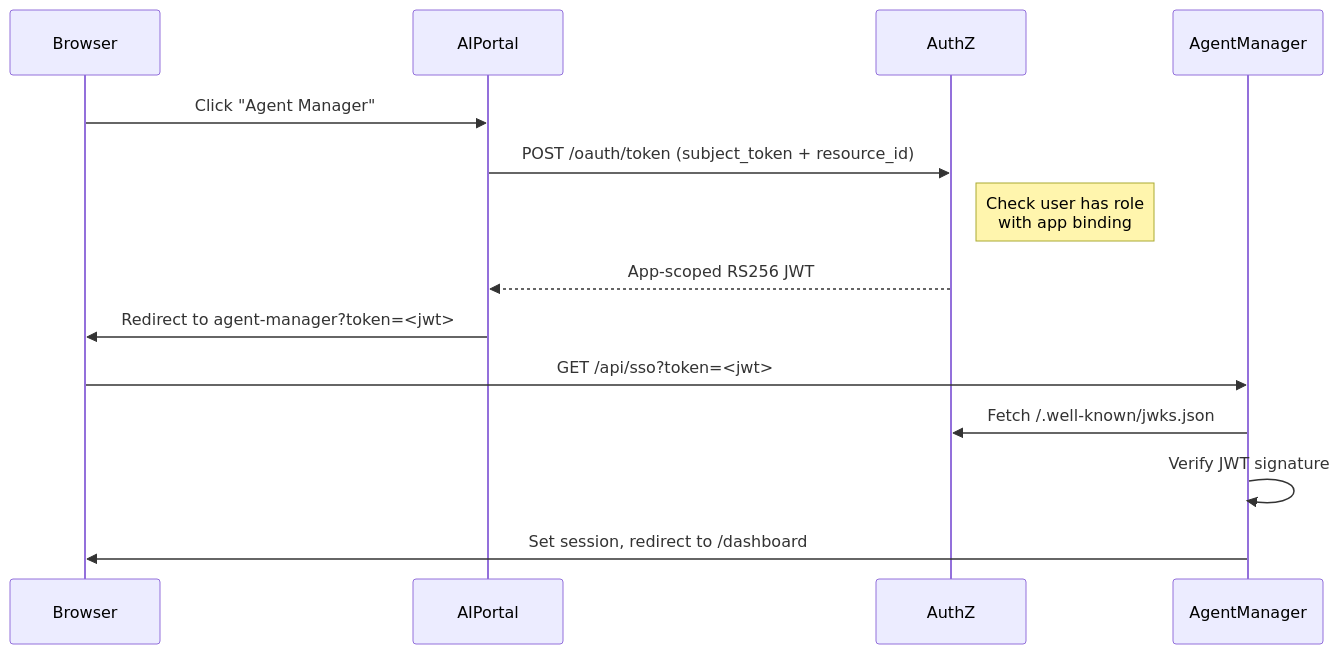
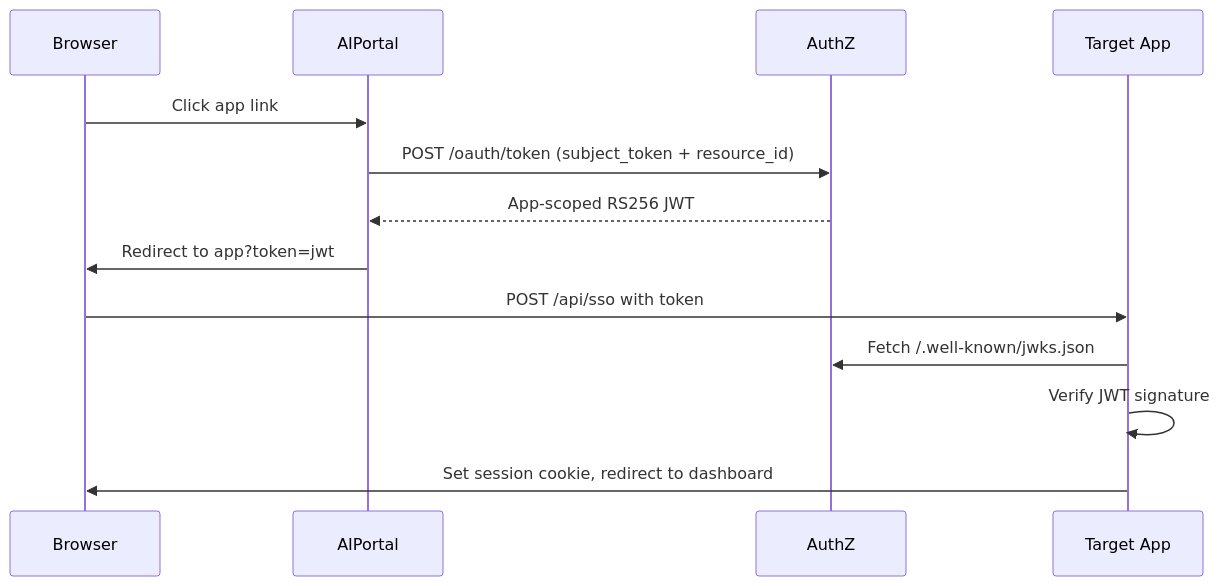
One commit to navgen-ai/busibox changed the first of 2 diagrams in docs/architecture/07-apps.md. Above: the diagram before and after it, drawn with Mermaid. The commit also changed other lines of this file and 20 other files, not shown here.

First line of the commit message:
docs: update architecture documentation for Busibox

````diff
--- a/docs/architecture/07-apps.md
+++ b/docs/architecture/07-apps.md
@@ -56,17 +66,16 @@
 ```mermaid
 sequenceDiagram
     participant Browser
     participant AIPortal
     participant AuthZ
-    participant AgentManager
+    participant App as Target App
 
-    Browser->>AIPortal: Click "Agent Manager"
+    Browser->>AIPortal: Click app link
     AIPortal->>AuthZ: POST /oauth/token (subject_token + resource_id)
-    Note right of AuthZ: Check user has role<br/>with app binding
     AuthZ-->>AIPortal: App-scoped RS256 JWT
-    AIPortal->>Browser: Redirect to agent-manager?token=<jwt>
-    Browser->>AgentManager: GET /api/sso?token=<jwt>
-    AgentManager->>AuthZ: Fetch /.well-known/jwks.json
-    AgentManager->>AgentManager: Verify JWT signature
-    AgentManager->>Browser: Set session, redirect to /dashboard
+    AIPortal->>Browser: Redirect to app?token=jwt
+    Browser->>App: POST /api/sso with token
+    App->>AuthZ: Fetch /.well-known/jwks.json
+    App->>App: Verify JWT signature
+    App->>Browser: Set session cookie, redirect to dashboard
 ```
````
